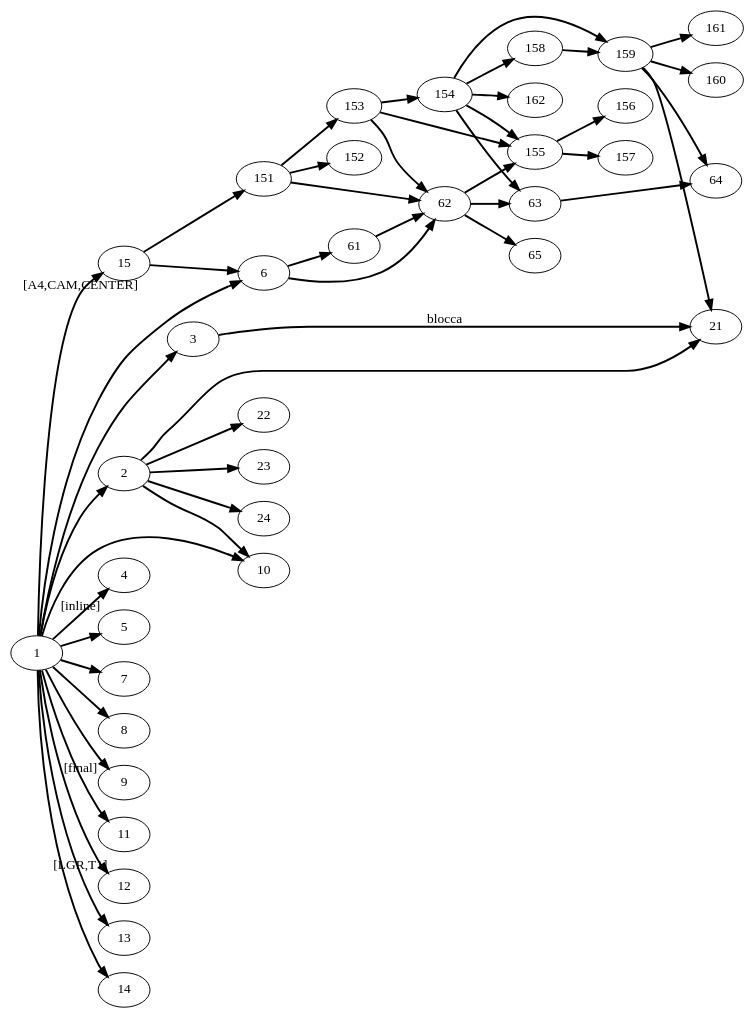
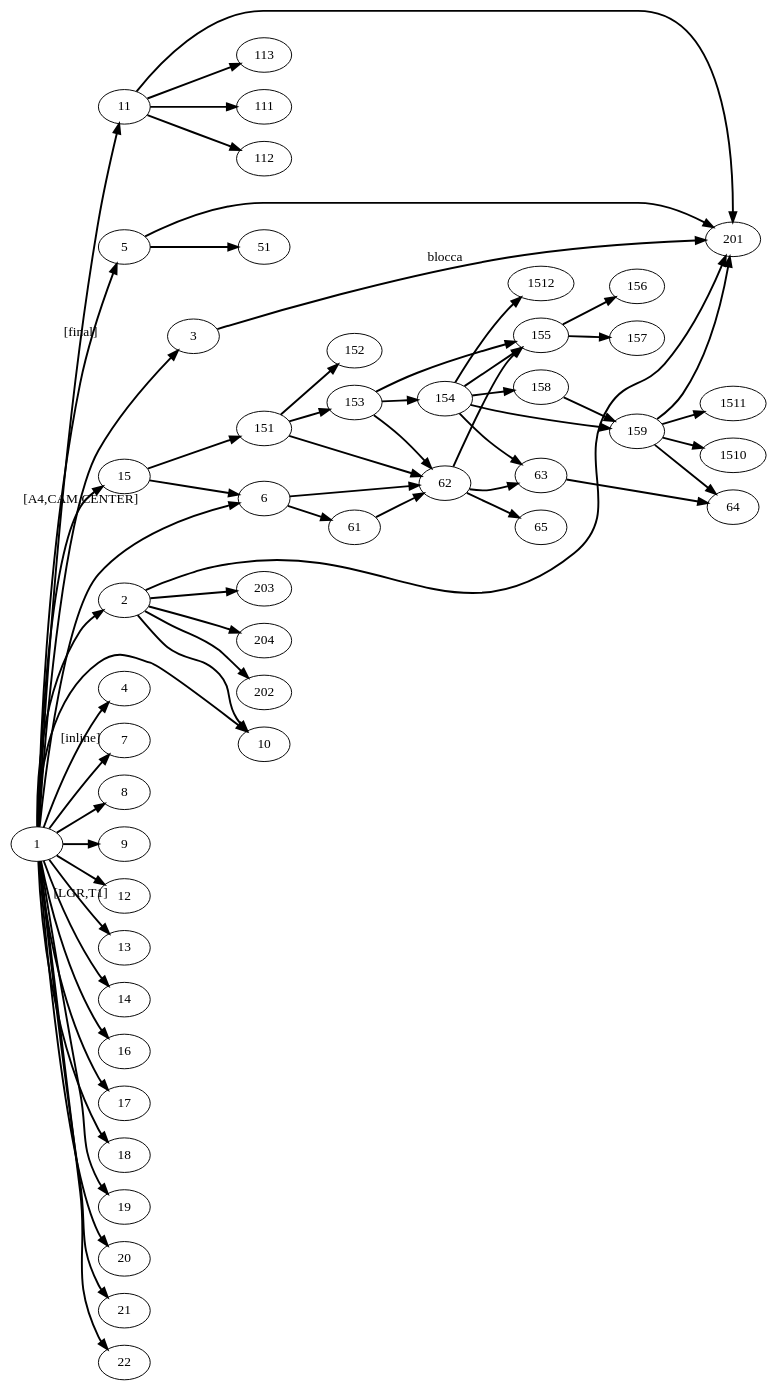
The diagram in grafici/classesuftesi-dot2tex-fig1.dot (trim1962/dipModtex), drawn with Graphviz before and after one commit. The commit also changed 131 other files, not shown here.

```diff
--- a/grafici/classesuftesi-dot2tex-fig1.dot
+++ b/grafici/classesuftesi-dot2tex-fig1.dot
@@ -1,87 +1,112 @@
  digraph G{
   edge [style=bold]
   rankdir="LR";
   1 [style="main node",texlbl="suftesi"]
   2 [style="main node",texlbl="geometry"]
-  21 [style="internal node",texlbl="keyvall"]
-  22 [style="internal node",texlbl="ifpdf"]
-  23 [style="internal node",texlbl="atbegshi"]
-  24 [style="internal node",texlbl="ifvtex"]
+  201 [style="internal node",texlbl="keyvall"]
+  202 [style="internal node",texlbl="ifpdf"]
+  203 [style="internal node",texlbl="atbegshi"]
+  204 [style="internal node",texlbl="ifvtex"]
   3 [style="main node",texlbl="xkeyval"]
   4 [style="main node",texlbl="enumitem"]
   5 [style="main node",texlbl="caption"]
+  51 [style="internal node",texlbl="caption3"]
   6 [style="main node",texlbl="color"]
   61 [style="cfg node",texlbl="color.cfg"]
   62 [style="driver node",texlbl="pdftex.def"]
   63 [style="internal node",texlbl="infwarerr"]
   64 [style="internal node",texlbl="ltxcmds"]
   65 [style="internal node",texlbl="supp-pdf.mkii"]
   7 [style="main node",texlbl="multicol"]
   8 [style="main node",texlbl="emptypage"]
   9 [style="main node",texlbl="textcase"]
   10 [style="main node",texlbl="ifxetex"]
   11 [style="main node",texlbl="microtype"]
+  111[style="driver node",texlbl="microtype-pdftex.def"]
+  112[style="cfg node",texlbl="microtype.cfg"]
+  113[style="driver node",texlbl="mt-ppl.cfg"]
   12 [style="main node",texlbl="cclicenses"]
   13 [style="main node",texlbl="fontenc"]
   14 [style="main node",texlbl="sostitutefont"]
     15 [style="main node",texlbl="crop"]
     151 [style="internal node",texlbl="graphics"]
     152 [style="internal node",texlbl="trig"]
 153 [style="cfg node",texlbl="graphics.cfg"]
 154 [style="driver node",texlbl="epstopdf-base"]
 155 [style="internal node",texlbl="pdftexcmds"]
 156 [style="internal node",texlbl="ifpdf"]
 157 [style="internal node",texlbl="ifluatex"]
 158 [style="internal node",texlbl="grfext"]
 159 [style="internal node",texlbl="kvoptions"]
-160 [style="internal node",texlbl="kvsetkeys"]
-161 [style="internal node",texlbl="etexcmds"]
-162 [style="cfg node",texlbl="epstopdf-sys.cfg"]
+1510 [style="internal node",texlbl="kvsetkeys"]
+1511 [style="internal node",texlbl="etexcmds"]
+1512 [style="cfg node",texlbl="epstopdf-sys.cfg"]
+16   [style="main node",texlbl="titlesec"]
+17   [style="main node",texlbl="extramarks"]
+18   [style="main node",texlbl="fancyhdr"]
+19  [style="main node",texlbl="titletoc"]
+20  [style="main node",texlbl="fixltxhyph"]
+21  [style="main node",texlbl="mathpazo"]
+22  [style="main node",texlbl="beramono"]
 15->151
 151->152
 151->153
 151->62
 153->62
 153->154
 154->63
 154->155
 153->155
 62->155
 155->156
 155->157
 154->158
 158->159
 159->64
 154->159
-159->160
-159->161
-159->21
-154->162
+159->1510
+159->1511
+159->201
+154->1512
+
   1->2
-  2->21
-  2->22
-  2->23
-  2->24
+  2->201
+  2->202
+  2->203
+  2->204
   2->10
-  3->21[style=bold,labelfloat= true, label = "blocca"]
+  3->201[style=bold,labelfloat= true, label = "blocca"]
   1->3
   1->4[style=bold,labelfloat= true, label = "[inline]"]
   1->5
   1->6
   6->61
   6->62
   62->63
   63->64
   62->65
   61->62
+  5->51
+  5->201
+  11->111
+  11->112
+  11->201
+  11->113
  1->7
  1->8
  1->9
  1->10
  1->11[style=bold,labelfloat= true, label = "[final]"]
  1->12
  1->13[style=bold,labelfloat= true, label = "[LGR,T1]"]
  1->14
  1->15[style=bold,labelfloat= true, label = "[A4,CAM,CENTER]"]
  15->6
+ 1->16
+ 1->17
+ 1->18
+ 1->19
+ 1->20
+ 1->21
+  1->22
  }
```
